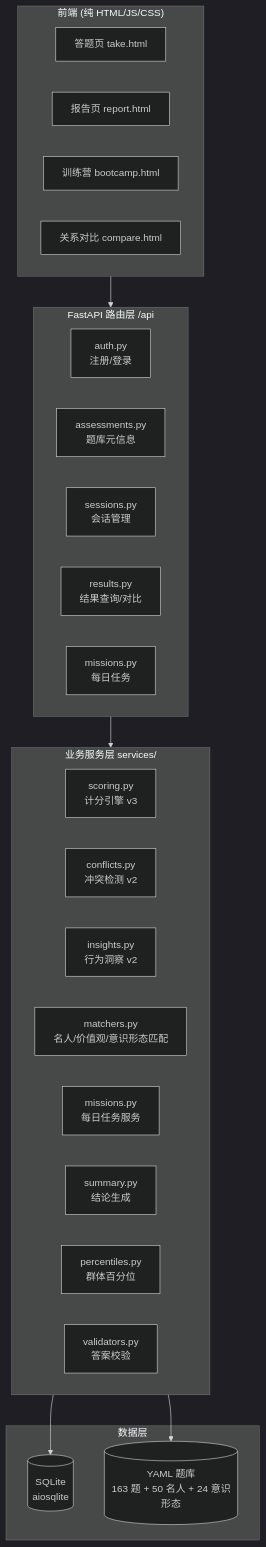
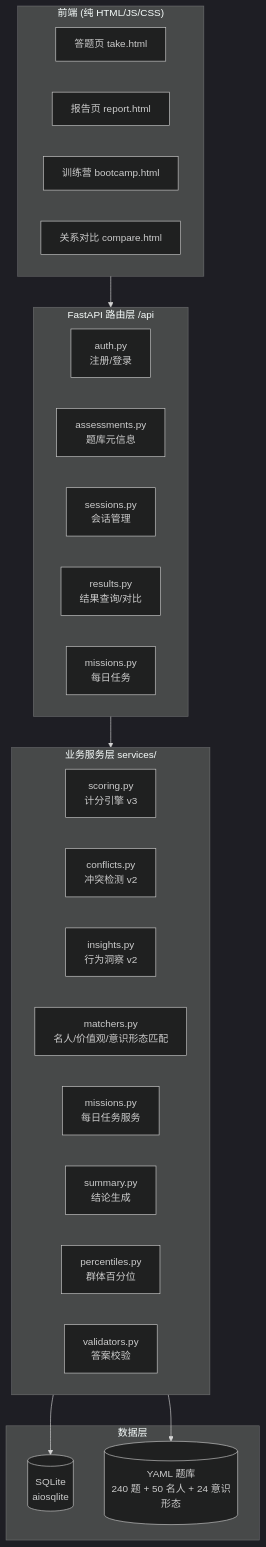
The diagram in README.md (weed33834/agent-builder-skill), drawn with Mermaid (dark theme) before and after one commit. The commit also changed other lines of this file and 38 other files, not shown here.

````diff
--- a/README.md
+++ b/README.md
@@ -95,38 +110,38 @@
 ```mermaid
 flowchart TB
     subgraph Client["前端 (纯 HTML/JS/CSS)"]
         UI[答题页 take.html]
         Report[报告页 report.html]
         Bootcamp[训练营 bootcamp.html]
         Compare[关系对比 compare.html]
     end
 
     subgraph API["FastAPI 路由层 /api"]
         Auth[auth.py<br/>注册/登录]
         Assessments[assessments.py<br/>题库元信息]
         Sessions[sessions.py<br/>会话管理]
         Results[results.py<br/>结果查询/对比]
         Missions[missions.py<br/>每日任务]
     end
 
     subgraph Service["业务服务层 services/"]
         Scoring[scoring.py<br/>计分引擎 v3]
         Conflicts[conflicts.py<br/>冲突检测 v2]
         Insights[insights.py<br/>行为洞察 v2]
         Matchers[matchers.py<br/>名人/价值观/意识形态匹配]
         MissionsSvc[missions.py<br/>每日任务服务]
         Summary[summary.py<br/>结论生成]
         Percentiles[percentiles.py<br/>群体百分位]
         Validators[validators.py<br/>答案校验]
     end
 
     subgraph Data["数据层"]
         DB[(SQLite<br/>aiosqlite)]
-        YAML[(YAML 题库<br/>163 题 + 50 名人 + 24 意识形态)]
+        YAML[(YAML 题库<br/>240 题 + 50 名人 + 24 意识形态)]
     end
 
     Client --> API
     API --> Service
     Service --> DB
     Service --> YAML
 ```
````
